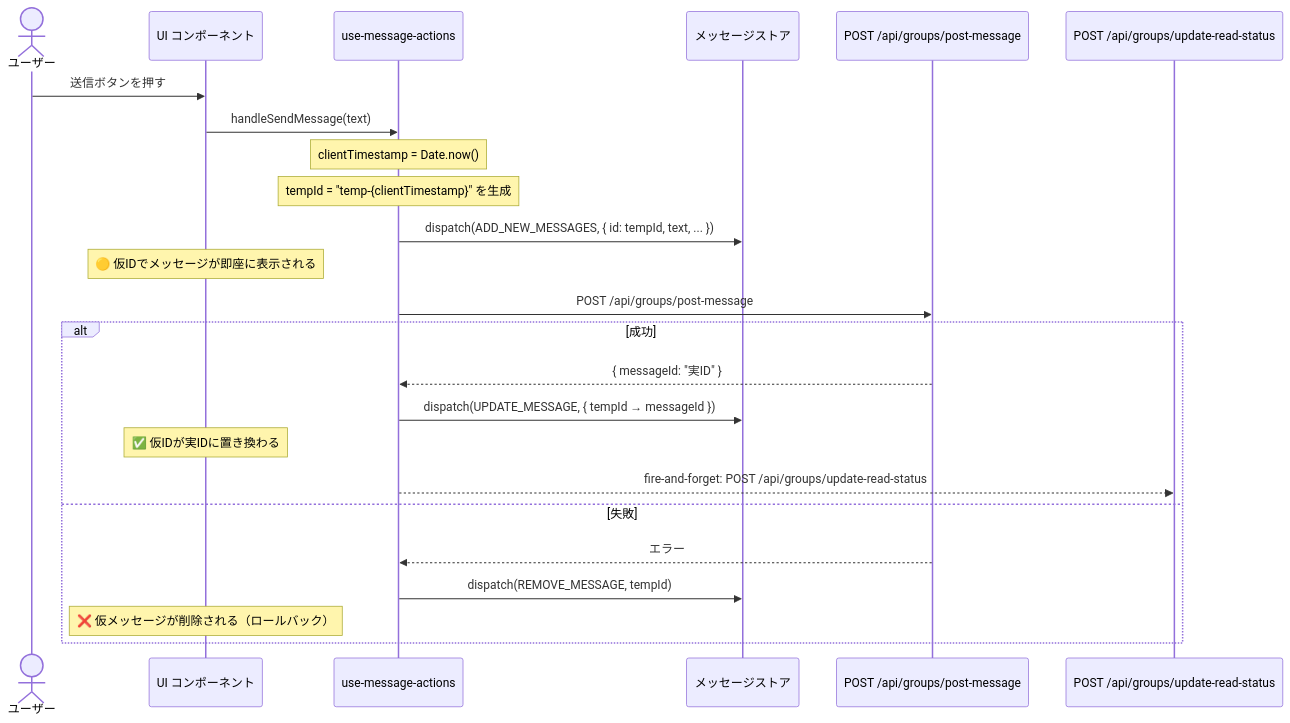
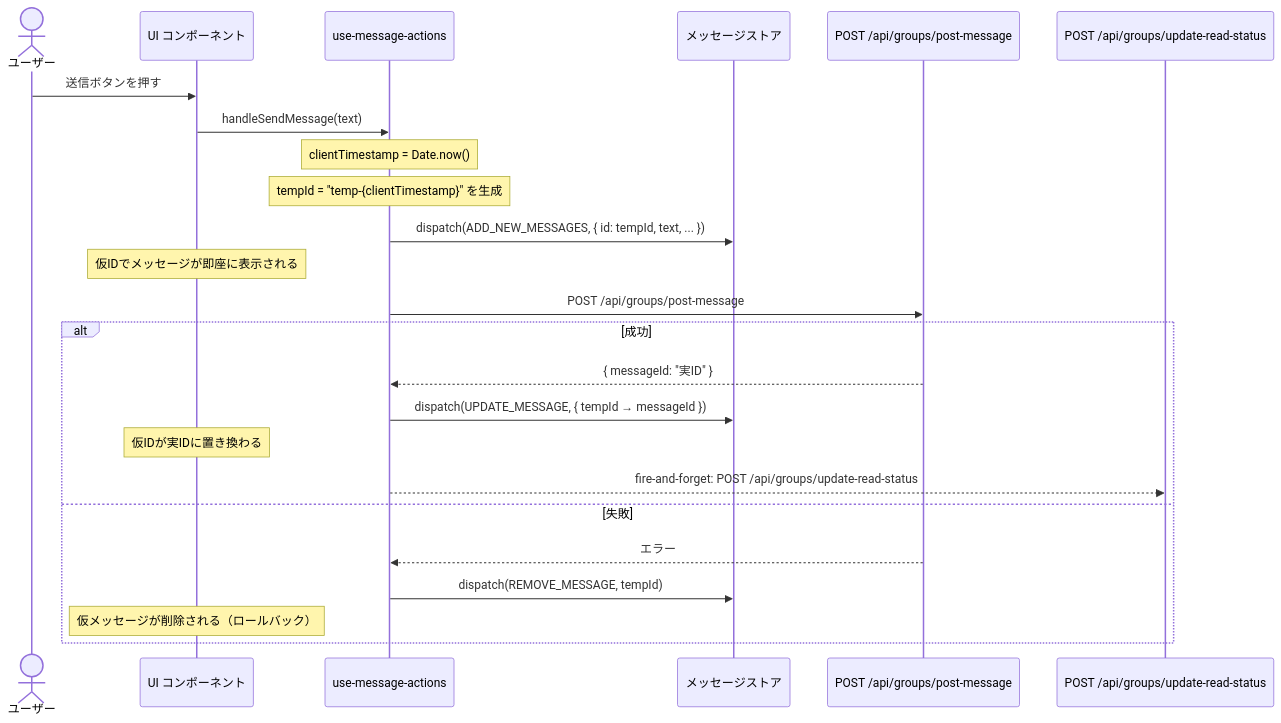
Before and after one commit to ScriptureHabit/scripture-habit: the second of 10 diagrams in docs/ja/details/group-chat-interactions.md, drawn with Mermaid. The commit also changed other lines of this file and 53 other files, not shown here.

````diff
--- a/docs/ja/details/group-chat-interactions.md
+++ b/docs/ja/details/group-chat-interactions.md
@@ -59,30 +59,30 @@
 ```mermaid
 sequenceDiagram
     actor ユーザー
     participant UI as UI コンポーネント
     participant Hook as use-message-actions
     participant Store as メッセージストア
     participant API as POST /api/groups/post-message
     participant ReadAPI as POST /api/groups/update-read-status
 
     ユーザー->>UI: 送信ボタンを押す
     UI->>Hook: handleSendMessage(text)
 
     Note over Hook: clientTimestamp = Date.now()
     Note over Hook: tempId = "temp-{clientTimestamp}" を生成
 
     Hook->>Store: dispatch(ADD_NEW_MESSAGES, { id: tempId, text, ... })
-    Note over UI: 🟡 仮IDでメッセージが即座に表示される
+    Note over UI: 仮IDでメッセージが即座に表示される
 
     Hook->>API: POST /api/groups/post-message
     alt 成功
         API-->>Hook: { messageId: "実ID" }
         Hook->>Store: dispatch(UPDATE_MESSAGE, { tempId → messageId })
-        Note over UI: ✅ 仮IDが実IDに置き換わる
+        Note over UI: 仮IDが実IDに置き換わる
         Hook-->>ReadAPI: fire-and-forget: POST /api/groups/update-read-status
     else 失敗
         API-->>Hook: エラー
         Hook->>Store: dispatch(REMOVE_MESSAGE, tempId)
-        Note over UI: ❌ 仮メッセージが削除される（ロールバック）
+        Note over UI: 仮メッセージが削除される（ロールバック）
     end
 ```
````
